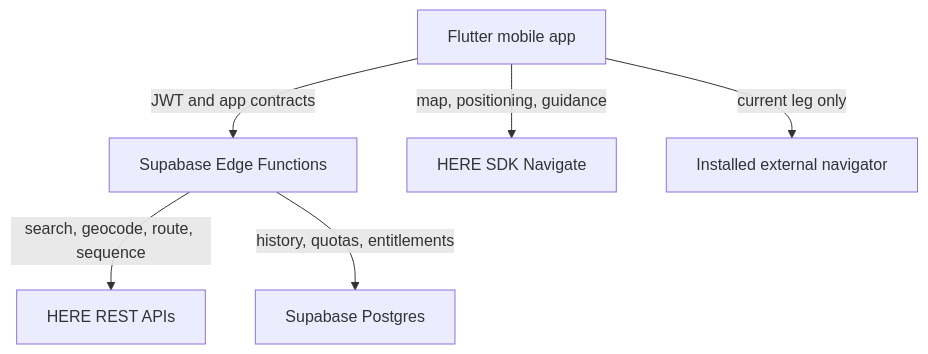
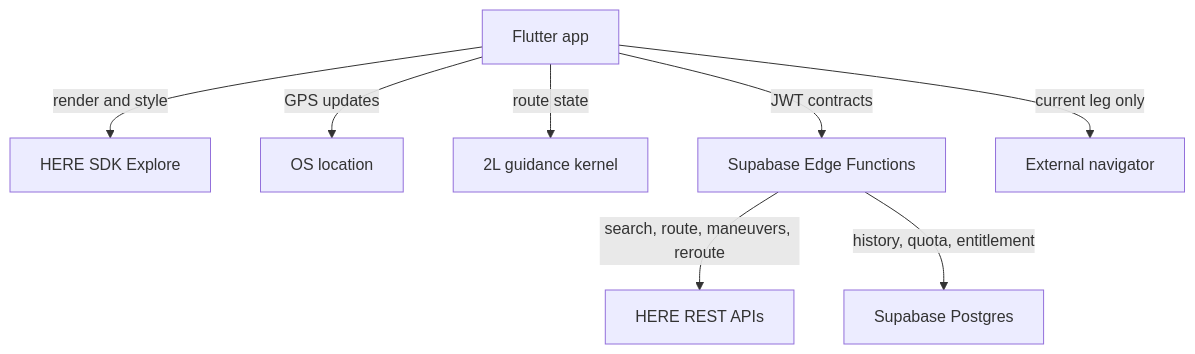
One commit to doppiaelle/2L-maps changed the diagram in docs/41_HERE_MIGRATION_PROGRAM.md. Above: the diagram before and after it, drawn with Mermaid. The commit also changed other lines of this file, not shown here.

Commit message:
docs(here): plan Explore with owned essential guidance

````diff
--- a/docs/41_HERE_MIGRATION_PROGRAM.md
+++ b/docs/41_HERE_MIGRATION_PROGRAM.md
@@ -69,8 +95,10 @@
 ```mermaid
 flowchart TD
-  A["Flutter mobile app"] -->|JWT and app contracts| B["Supabase Edge Functions"]
-  A -->|map, positioning, guidance| C["HERE SDK Navigate"]
-  B -->|search, geocode, route, sequence| D["HERE REST APIs"]
-  B -->|history, quotas, entitlements| E["Supabase Postgres"]
-  A -->|current leg only| F["Installed external navigator"]
+  A["Flutter app"] -->|render and style| B["HERE SDK Explore"]
+  A -->|GPS updates| C["OS location"]
+  A -->|route state| D["2L guidance kernel"]
+  A -->|JWT contracts| E["Supabase Edge Functions"]
+  E -->|search, route, maneuvers, reroute| F["HERE REST APIs"]
+  E -->|history, quota, entitlement| G["Supabase Postgres"]
+  A -->|current leg only| H["External navigator"]
 ```
````
